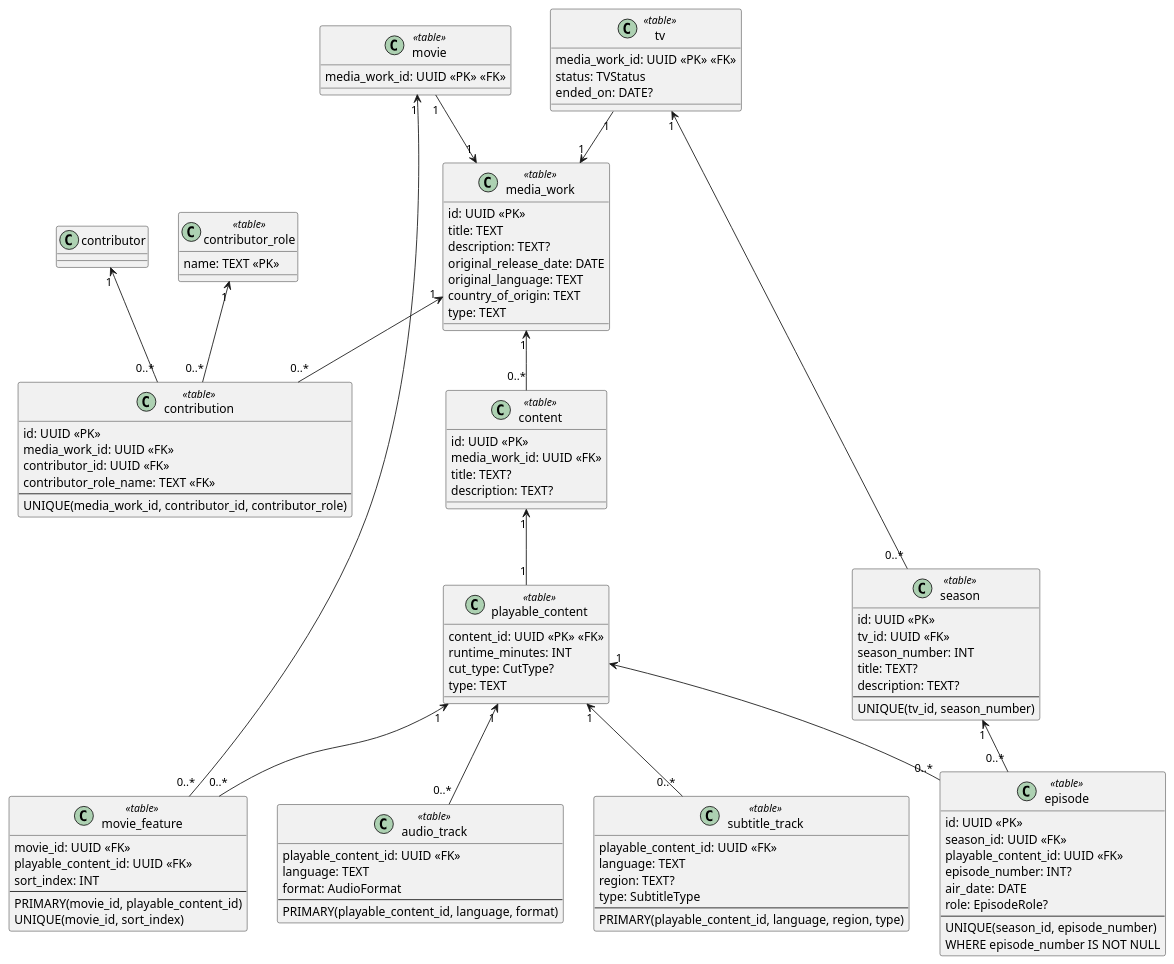
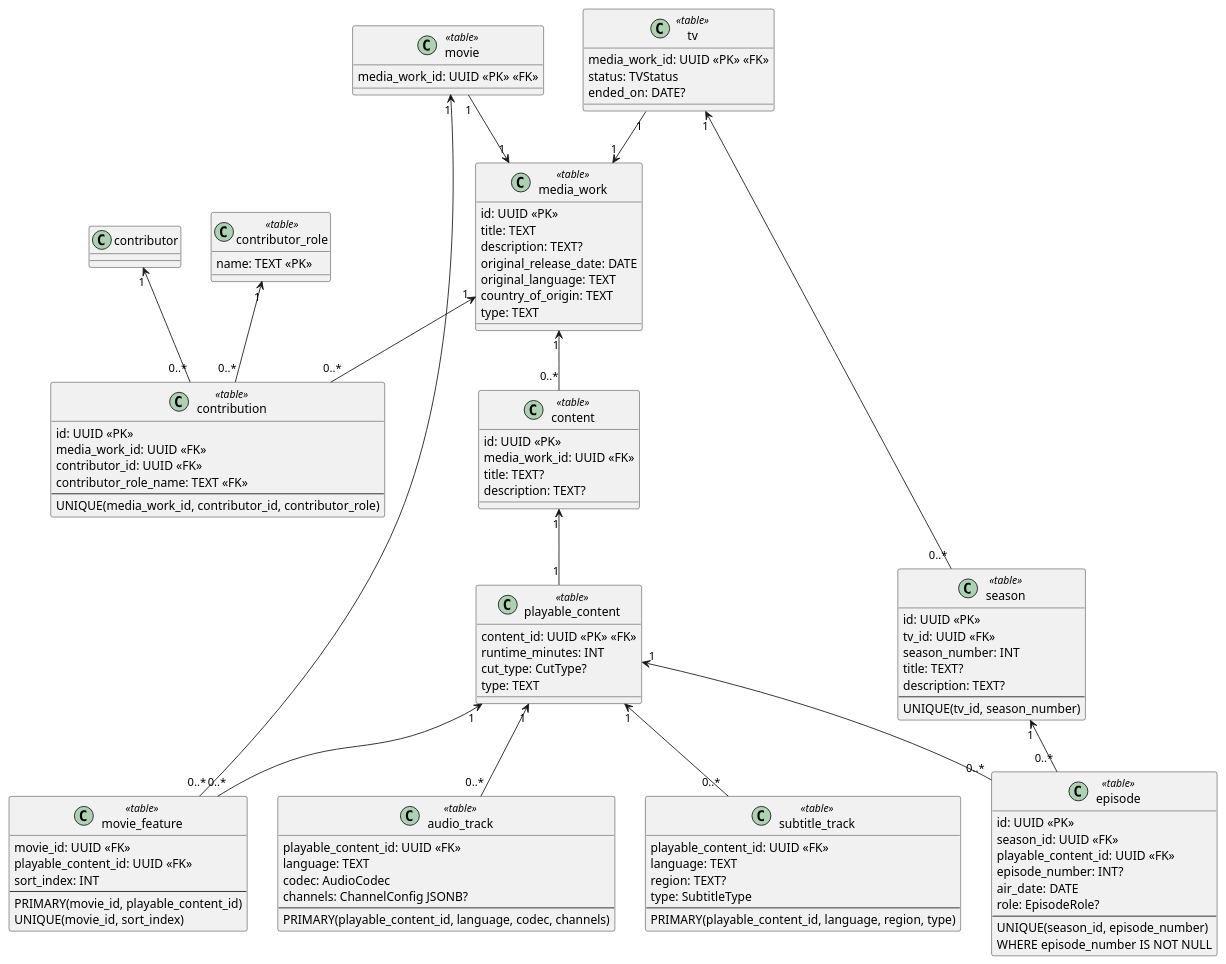
One commit to yantue/colleq changed the diagram in docs/uml/data/media_work.data.puml. Above: the diagram before and after it, drawn with PlantUML. The commit also changed 1 other file, not shown here.

Commit message:
docs: Update AudioTrack with codecs and channels

```diff
--- a/docs/uml/data/media_work.data.puml
+++ b/docs/uml/data/media_work.data.puml
@@ -1,131 +1,134 @@
 @startuml
 skinparam classAttributeIconSize 0
 
 ' ===== CORE =====
 class media_work <<table>> {
     id: UUID <<PK>>
     title: TEXT
     description: TEXT?
     original_release_date: DATE
     original_language: TEXT
     country_of_origin: TEXT
     type: TEXT
 }
 
 ' ===== CONTRIBUTIONS =====
 class contribution <<table>> {
     id: UUID <<PK>>
     media_work_id: UUID <<FK>>
     contributor_id: UUID <<FK>>
     contributor_role_name: TEXT <<FK>>
     --
     UNIQUE(media_work_id, contributor_id, contributor_role)
 }
 
 media_work "1" <-- "0..*" contribution
 
 class contributor_role <<table>> {
     name: TEXT <<PK>>
 }
 
 contributor_role "1" <-- "0..*" contribution
 
 ' ===== CONTENT =====
 class content <<table>> {
     id: UUID <<PK>>
     media_work_id: UUID <<FK>>
     title: TEXT?
     description: TEXT?
 }
 
 media_work "1" <-- "0..*" content
 
 class playable_content <<table>> {
     content_id: UUID <<PK>> <<FK>>
     runtime_minutes: INT
     cut_type: CutType?
     type: TEXT
 }
 
 content "1" <-- "1" playable_content
 
 class audio_track <<table>> {
     playable_content_id: UUID <<FK>>
     language: TEXT
-    format: AudioFormat
+    codec: AudioCodec
+    channels: ChannelConfig JSONB?
     --
-    PRIMARY(playable_content_id, language, format)
+    PRIMARY(playable_content_id, language, codec, channels)
 }
 
 playable_content "1" <-- "0..*" audio_track
+
+
 
 class subtitle_track <<table>> {
     playable_content_id: UUID <<FK>>
     language: TEXT
     region: TEXT?
     type: SubtitleType
     --
     PRIMARY(playable_content_id, language, region, type)
 }
 
 playable_content "1" <-- "0..*" subtitle_track
 
 ' ===== MOVIE =====
 class movie <<table>> {
     media_work_id: UUID <<PK>> <<FK>>
 }
 
 movie "1" --> "1" media_work
 
 class movie_feature <<table>> {
      movie_id: UUID <<FK>>
      playable_content_id: UUID <<FK>>
      sort_index: INT
      --
      PRIMARY(movie_id, playable_content_id)
      UNIQUE(movie_id, sort_index)
 }
 
 movie "1" <-- "0..*" movie_feature
 playable_content "1" <-- "0..*" movie_feature
 
 ' ===== TV =====
 class tv <<table>> {
     media_work_id: UUID <<PK>> <<FK>>
     status: TVStatus
     ended_on: DATE?
 }
 
 tv "1" --> "1" media_work
 
 class season <<table>> {
     id: UUID <<PK>>
     tv_id: UUID <<FK>>
     season_number: INT
     title: TEXT?
     description: TEXT?
     --
     UNIQUE(tv_id, season_number)
 }
 
 tv "1" <-- "0..*" season
 
 class episode <<table>> {
     id: UUID <<PK>>
     season_id: UUID <<FK>>
     playable_content_id: UUID <<FK>>
     episode_number: INT?
     air_date: DATE
     role: EpisodeRole?
     --
     UNIQUE(season_id, episode_number)
     WHERE episode_number IS NOT NULL
 }
 
 season "1" <-- "0..*" episode
 playable_content "1" <-- "0..*" episode
 
 ' ===== CROSS-AGGREGATE REFERENCE =====
 contributor "1" <-- "0..*" contribution
 
 @enduml
```
